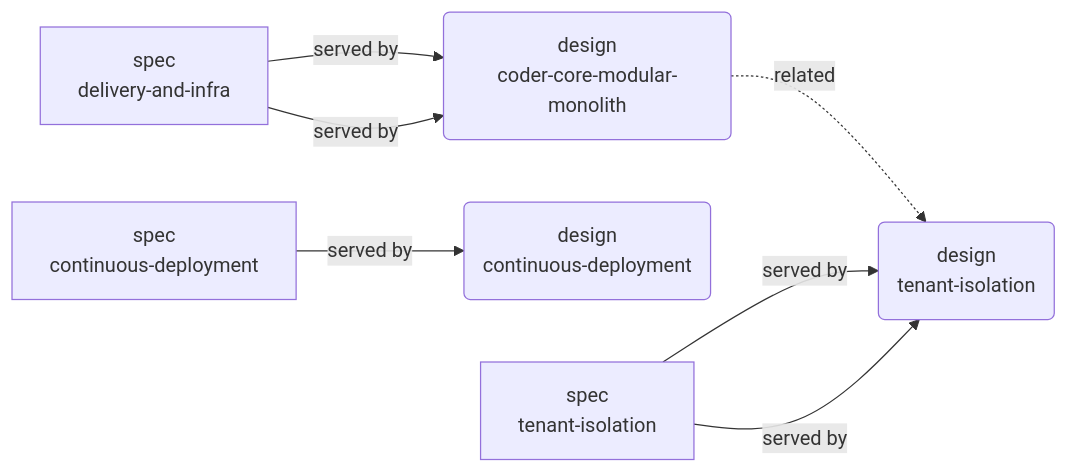
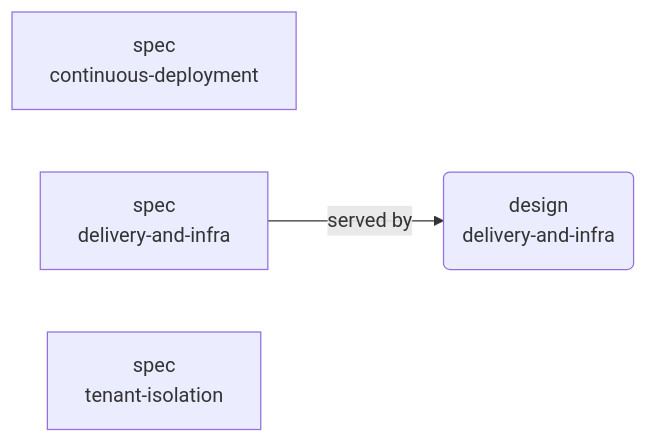
The fifth of 6 diagrams in system/GRAPH.md (coder-devx/coder-system), drawn with Mermaid before and after one commit. The commit also changed other lines of this file and 132 other files, not shown here.

````diff
--- a/system/GRAPH.md
+++ b/system/GRAPH.md
@@ -285,15 +115,8 @@
 ```mermaid
 flowchart LR
-  n000("design<br/>coder-core-modular-monolith")
-  n001("design<br/>continuous-deployment")
-  n002("design<br/>tenant-isolation")
-  n003["spec<br/>continuous-deployment"]
-  n004["spec<br/>delivery-and-infra"]
-  n005["spec<br/>tenant-isolation"]
-  n004 -->|served by| n000
-  n000 -.->|related| n002
-  n003 -->|served by| n001
-  n005 -->|served by| n002
-  n004 -->|served by| n000
-  n005 -->|served by| n002
+  n000("design<br/>delivery-and-infra")
+  n001["spec<br/>continuous-deployment"]
+  n002["spec<br/>delivery-and-infra"]
+  n003["spec<br/>tenant-isolation"]
+  n002 -->|served by| n000
 ```
````
